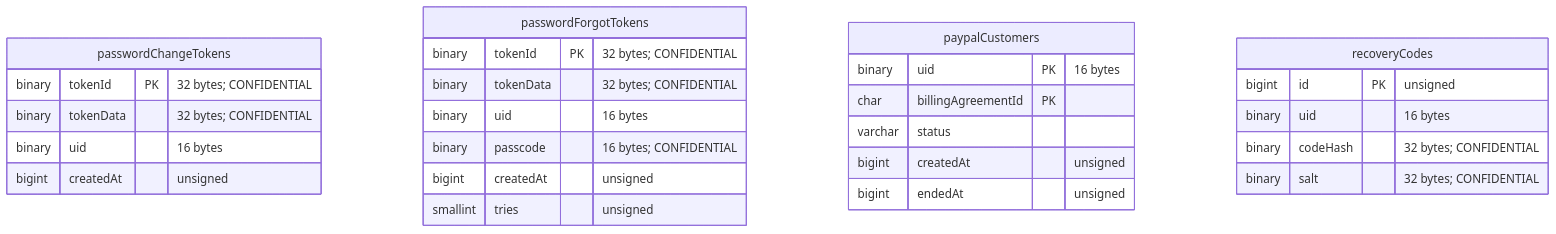
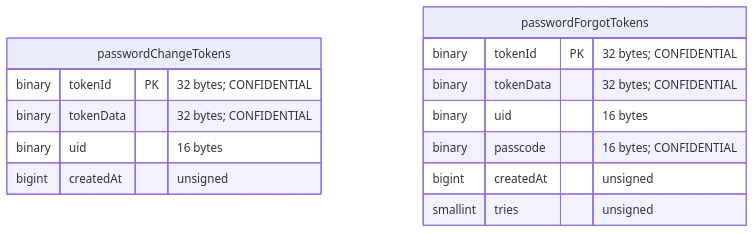
The seventh of 18 diagrams in docs/reference/database-structure.md (mozilla/ecosystem-platform), drawn with Mermaid before and after one commit. The commit also changed other lines of this file, not shown here.

````diff
--- a/docs/reference/database-structure.md
+++ b/docs/reference/database-structure.md
@@ -133,30 +164,17 @@
 ```mermaid
 erDiagram
     passwordChangeTokens {
         binary tokenId PK "32 bytes; CONFIDENTIAL"
         binary tokenData "32 bytes; CONFIDENTIAL"
         binary uid "16 bytes"
         bigint createdAt "unsigned"
     }
     passwordForgotTokens {
         binary tokenId PK "32 bytes; CONFIDENTIAL"
         binary tokenData "32 bytes; CONFIDENTIAL"
         binary uid "16 bytes"
         binary passcode "16 bytes; CONFIDENTIAL"
         bigint createdAt "unsigned"
         smallint tries "unsigned"
     }
-    paypalCustomers {
-        binary uid PK "16 bytes"
-        char billingAgreementId PK
-        varchar status
-        bigint createdAt "unsigned"
-        bigint endedAt "unsigned"
-    }
-    recoveryCodes {
-        bigint id PK "unsigned"
-        binary uid "16 bytes"
-        binary codeHash "32 bytes; CONFIDENTIAL"
-        binary salt "32 bytes; CONFIDENTIAL"
-    }
 ```
````
